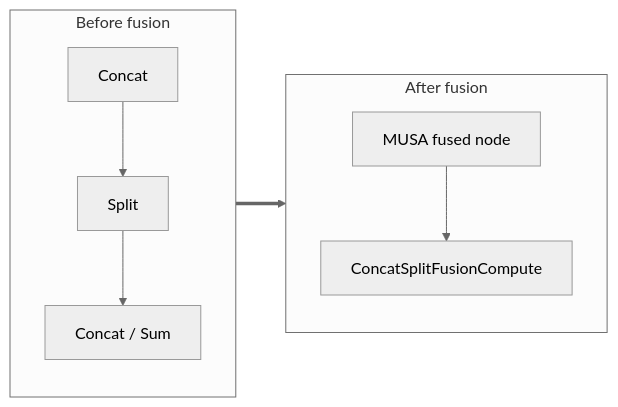
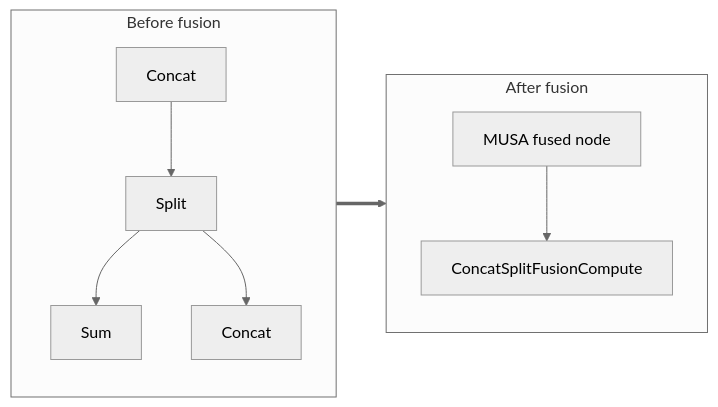
One commit to MooreThreads/onnxruntime-musa changed the diagram in musa/docs/fusion/concat_split.md. Above: the diagram before and after it, drawn with Mermaid (neutral theme). The commit also changed other lines of this file and 13 other files, not shown here.

````diff
--- a/musa/docs/fusion/concat_split.md
+++ b/musa/docs/fusion/concat_split.md
@@ -22,16 +23,18 @@
 ```mermaid
 flowchart LR
   subgraph Before[Before fusion]
     B0["Concat"]
     B1["Split"]
+    B2["Sum"]
+    B3["Concat"]
     B0 --> B1
-    B2["Concat / Sum"]
     B1 --> B2
+    B1 --> B3
   end
   subgraph After[After fusion]
     A0["MUSA fused node"]
     A1["ConcatSplitFusionCompute"]
     A0 --> A1
   end
   Before ==> After
 ```
````
